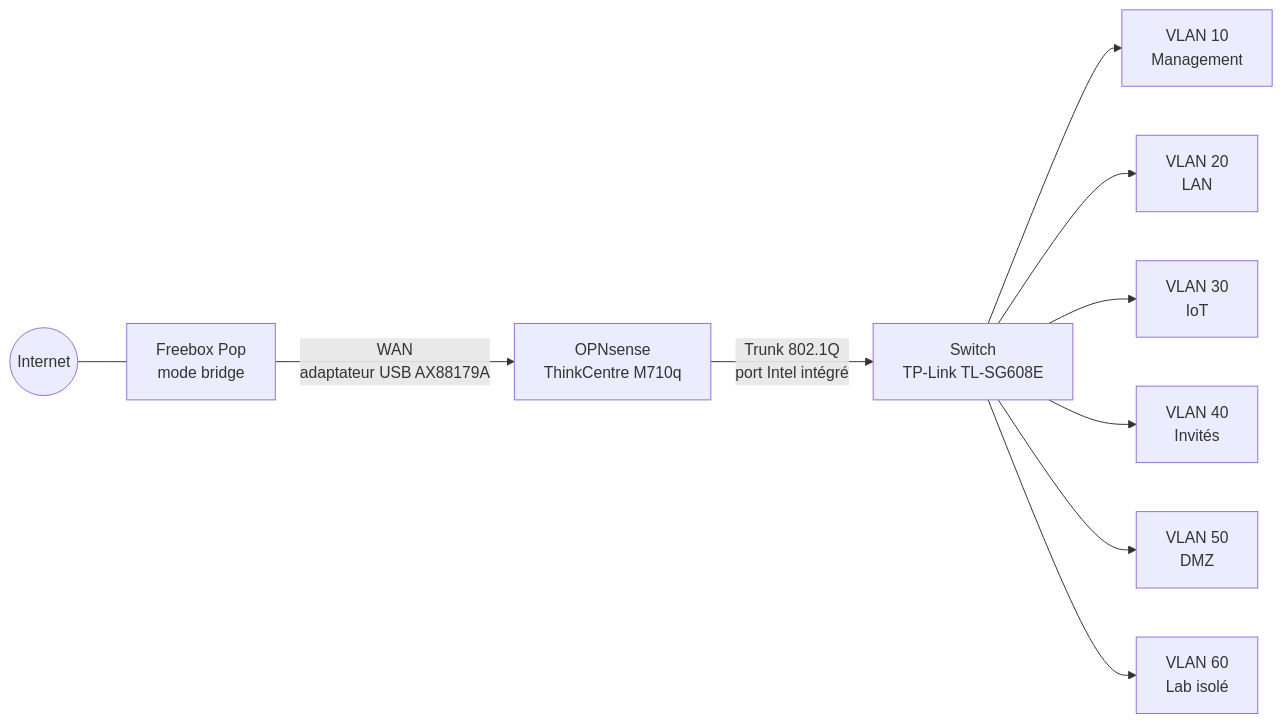
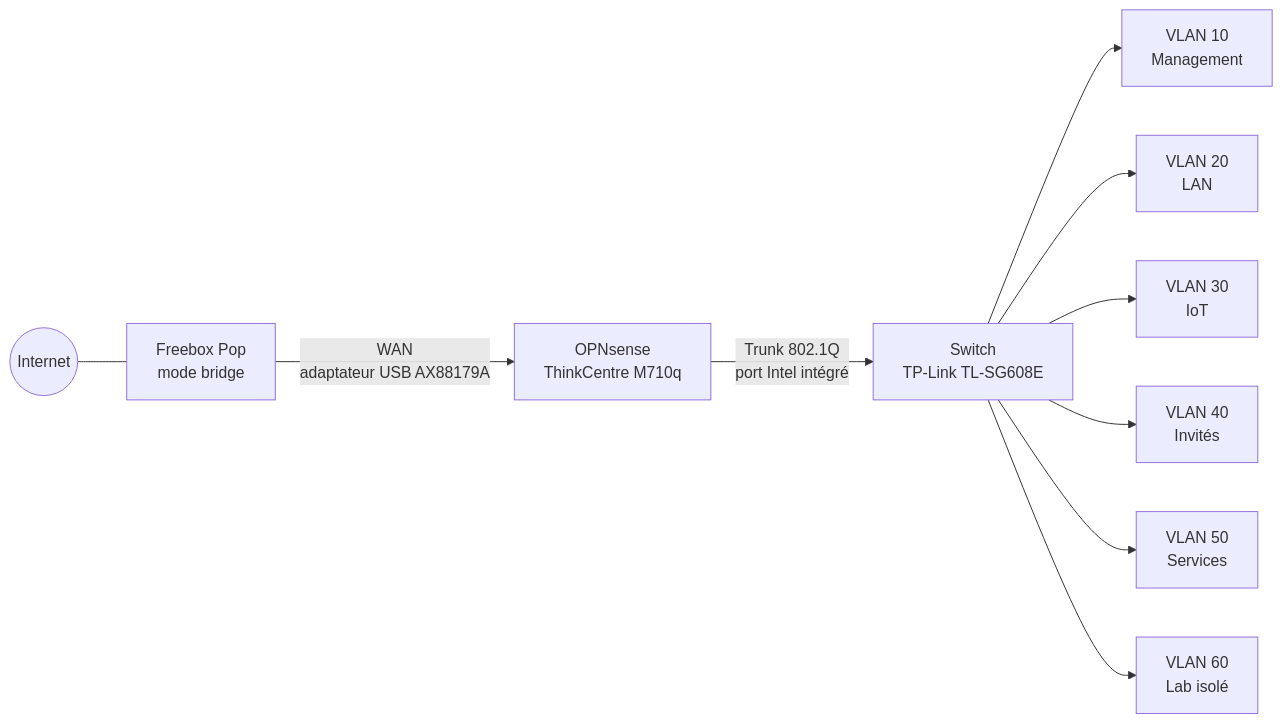
One commit to TREXpetitsbras/Homelabbing-From-Scratch changed the second of 2 diagrams in docs/Journal.md. Above: the diagram before and after it, drawn with Mermaid. The commit also changed other lines of this file, not shown here.

First line of the commit message:
Update VLAN 50 name and add addressing details

````diff
--- a/docs/Journal.md
+++ b/docs/Journal.md
@@ -170,12 +170,12 @@
 ```mermaid
 flowchart LR
     NET(("Internet")) --- FB["Freebox Pop<br/>mode bridge"]
     FB -->|"WAN<br/>adaptateur USB AX88179A"| FW["OPNsense<br/>ThinkCentre M710q"]
     FW -->|"Trunk 802.1Q<br/>port Intel intégré"| SW["Switch<br/>TP-Link TL-SG608E"]
     SW --> V10["VLAN 10<br/>Management"]
     SW --> V20["VLAN 20<br/>LAN"]
     SW --> V30["VLAN 30<br/>IoT"]
     SW --> V40["VLAN 40<br/>Invités"]
-    SW --> V50["VLAN 50<br/>DMZ"]
+    SW --> V50["VLAN 50<br/>Services"]
     SW --> V60["VLAN 60<br/>Lab isolé"]
 ```
````
